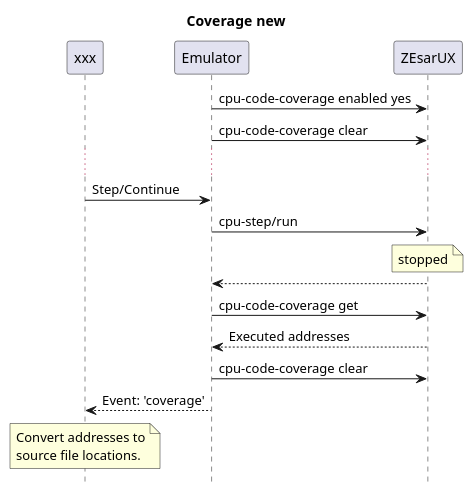
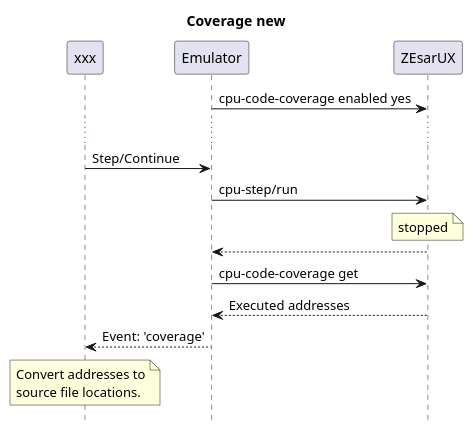
One commit to maziac/DeZog changed the ninth of 9 diagrams in design/design.md. Above: the diagram before and after it, drawn with PlantUML. The commit also changed other lines of this file and 8 other files, not shown here.

Commit message:
Cleanup of code and documentation. (transaction-log -> cpu-history)

````diff
--- a/design/design.md
+++ b/design/design.md
@@ -475,17 +462,15 @@
 ```puml
 hide footbox
 title Coverage new
 participant xxx
 Emulator -> ZEsarUX: cpu-code-coverage enabled yes
-Emulator -> ZEsarUX: cpu-code-coverage clear
 ...
 xxx -> Emulator: Step/Continue
 Emulator -> ZEsarUX: cpu-step/run
 note over ZEsarUX: stopped
 Emulator <-- ZEsarUX
 Emulator -> ZEsarUX: cpu-code-coverage get
 Emulator <-- ZEsarUX: Executed addresses
-Emulator -> ZEsarUX: cpu-code-coverage clear
 xxx <-- Emulator: Event: 'coverage'
 note over xxx: Convert addresses to\nsource file locations.
 ```
````
